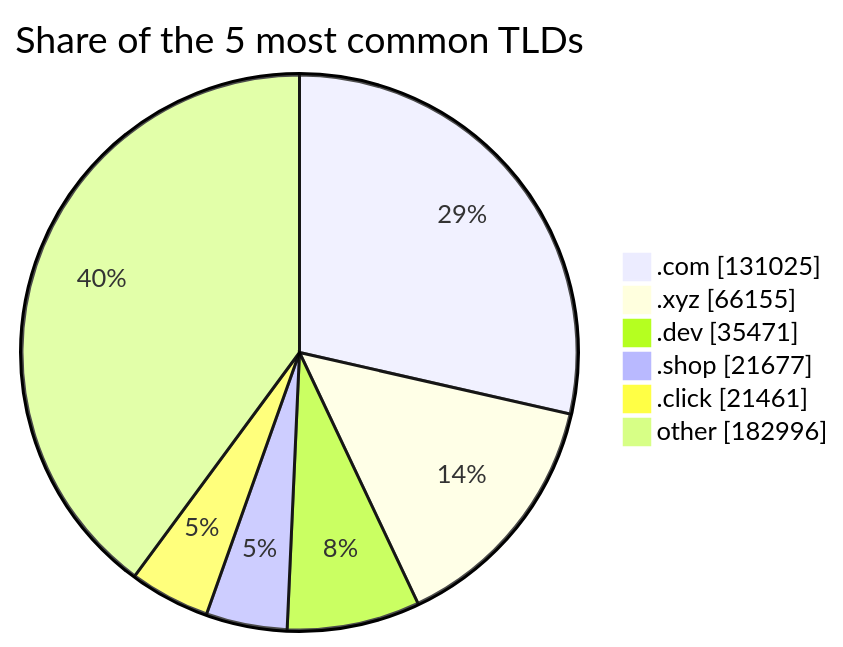
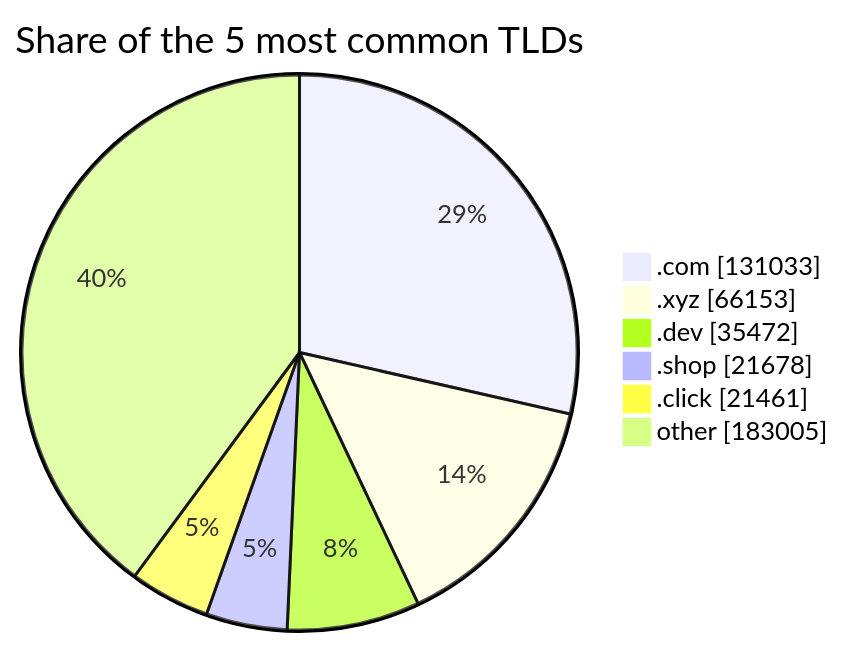
Before and after one commit to DNSBunker/CTI: the third of 3 diagrams in README.md, drawn with Mermaid. The commit also changed other lines of this file and 3 other files, not shown here.

````diff
--- a/README.md
+++ b/README.md
@@ -81,9 +81,9 @@
 ```mermaid
 pie showData title Share of the 5 most common TLDs
-    ".com" : 131025
-    ".xyz" : 66155
-    ".dev" : 35471
-    ".shop" : 21677
+    ".com" : 131033
+    ".xyz" : 66153
+    ".dev" : 35472
+    ".shop" : 21678
     ".click" : 21461
-    "other" : 182996
+    "other" : 183005
 ```
````
